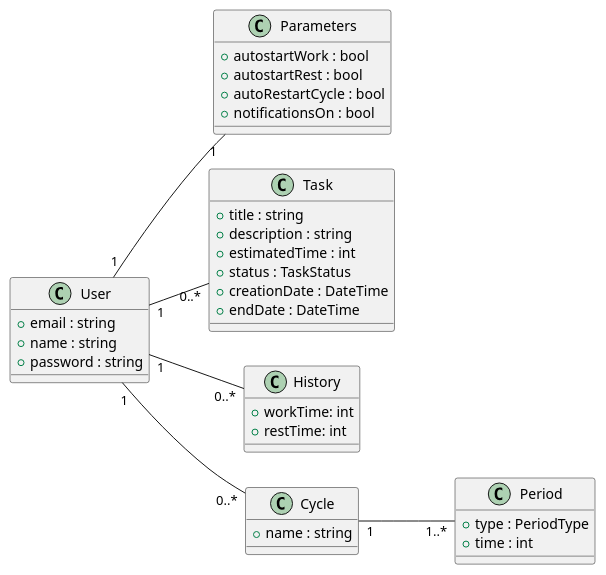
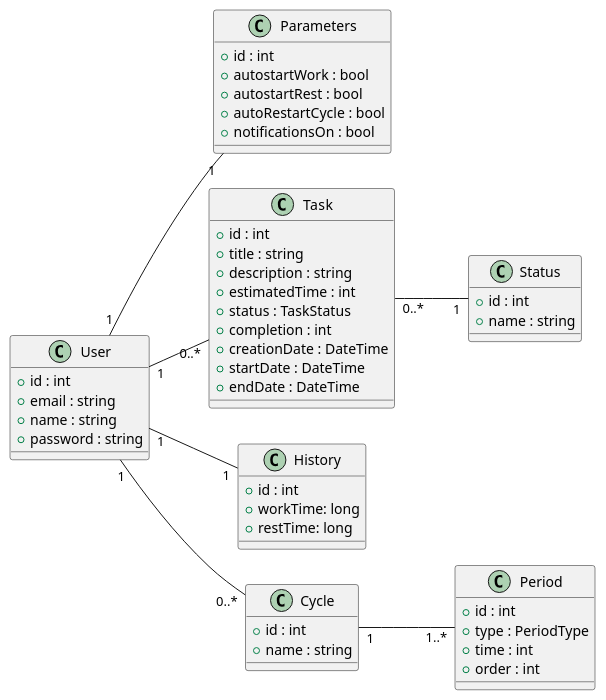
One commit to MDGav82/FocusTimer changed the diagram in pomodoro_domain.wsd. Above: the diagram before and after it, drawn with PlantUML. The commit also changed 1 other file, not shown here.

Commit message:
modifs diagramme de classe et user_case todolist

```diff
--- a/pomodoro_domain.wsd
+++ b/pomodoro_domain.wsd
@@ -1,48 +1,62 @@
 @startuml pomodoro_domain
 left to right direction
 
 class User {
+  +id : int
   +email : string
   +name : string
   +password : string
 }
 
 class Parameters {
+  +id : int
   +autostartWork : bool
   +autostartRest : bool
   +autoRestartCycle : bool
   +notificationsOn : bool
 }
 
 class Task {
+  +id : int
   +title : string
   +description : string
   +estimatedTime : int
   +status : TaskStatus
+  +completion : int
   +creationDate : DateTime
+  +startDate : DateTime
   +endDate : DateTime
 }
 
 class History {
-  +workTime: int
-  +restTime: int
+  +id : int
+  +workTime: long
+  +restTime: long
 }
 class Cycle {
+  +id : int
   +name : string
 }
 
 class Period {
+  +id : int
   +type : PeriodType
   +time : int
+  +order : int
+}
+
+class Status {
+   +id : int
+  +name : string
 }
 
 ' Relations
 
 User "1" -- "1" Parameters
-
 User "1" -- "0..*" Task
 User "1" -- "0..*" Cycle
-User "1" -- "0..*" History
+User "1" -- "1" History
 Cycle "1" -- "1..*" Period
+Task "0..*" -- "1" Status
 
 @enduml
```
